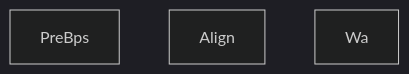
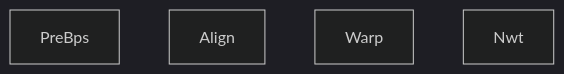
The diagram in all/未命名-6.md (huzixuan1/iodraw-files), drawn with Mermaid (dark theme) before and after one commit.

Commit message:
2025-06-24 16:05:11 update

````diff
--- a/all/未命名-6.md
+++ b/all/未命名-6.md
@@ -1,21 +1,22 @@
 ```mermaid
 graph TD
     %% B[cvtOpticalFlow]
     %% B --> C{Is initialized}
 
     %% C -- No --> D[vioInitialize]
     %% D --> E{Initialization success}
     %% E -- No --> F[Return empty SlamOutput]
     %% E -- Yes --> G[Set initialized = true]
 
     %% C -- Yes --> H[zuptCheck]
 
     %% G --> H
     %% H --> I[processImuMeas]
     %% I --> J[processVisionMeas]
     %% B --curr_flow_--> J
 
     A[PreBps]
     B[Align]
-    C[Wa]
+    C[Warp]
+    D[Nwt]
 ```
````
